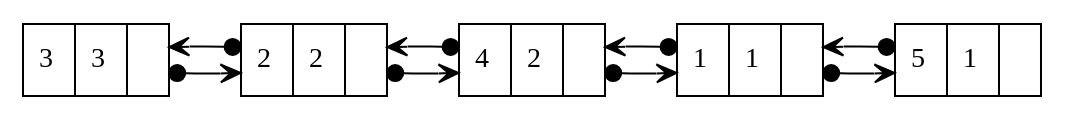
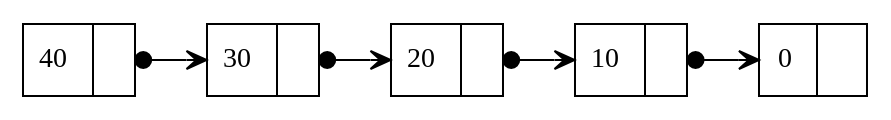
Before and after one commit to CSRT-NTUA/AlgoPlus: the diagram in examples/list/unnamed.dot, drawn with Graphviz. The commit also changed 1 other file, not shown here.

```diff
--- a/examples/list/unnamed.dot
+++ b/examples/list/unnamed.dot
@@ -1,17 +1,13 @@
 digraph list {
 rankdir=LR;
 node [shape=record;]
-3 [label=<{ 3 | 3 | }>] ;
-2 [label=<{ 2 | 2 | }>] ;
-4 [label=<{ 4 | 2 | }>] ;
-1 [label=<{ 1 | 1 | }>] ;
-5 [label=<{ 5 | 1 | }>] ;
-3:ref -> 2:data [arrowhead=vee, arrowtail=dot, dir=both];
-2:data -> 3:ref [arrowhead=vee, arrowtail=dot, dir=both];
-2:ref -> 4:data [arrowhead=vee, arrowtail=dot, dir=both];
-4:data -> 2:ref [arrowhead=vee, arrowtail=dot, dir=both];
-4:ref -> 1:data [arrowhead=vee, arrowtail=dot, dir=both];
-1:data -> 4:ref [arrowhead=vee, arrowtail=dot, dir=both];
-1:ref -> 5:data [arrowhead=vee, arrowtail=dot, dir=both];
-5:data -> 1:ref [arrowhead=vee, arrowtail=dot, dir=both];
+40 [label=<{ 40 | }>] ;
+30 [label=<{ 30 | }>] ;
+20 [label=<{ 20 | }>] ;
+10 [label=<{ 10 | }>] ;
+0 [label=<{ 0 | }>] ;
+40:ref -> 30:data [arrowhead=vee, arrowtail=dot, dir=both];
+30:ref -> 20:data [arrowhead=vee, arrowtail=dot, dir=both];
+20:ref -> 10:data [arrowhead=vee, arrowtail=dot, dir=both];
+10:ref -> 0:data [arrowhead=vee, arrowtail=dot, dir=both];
 }
```
